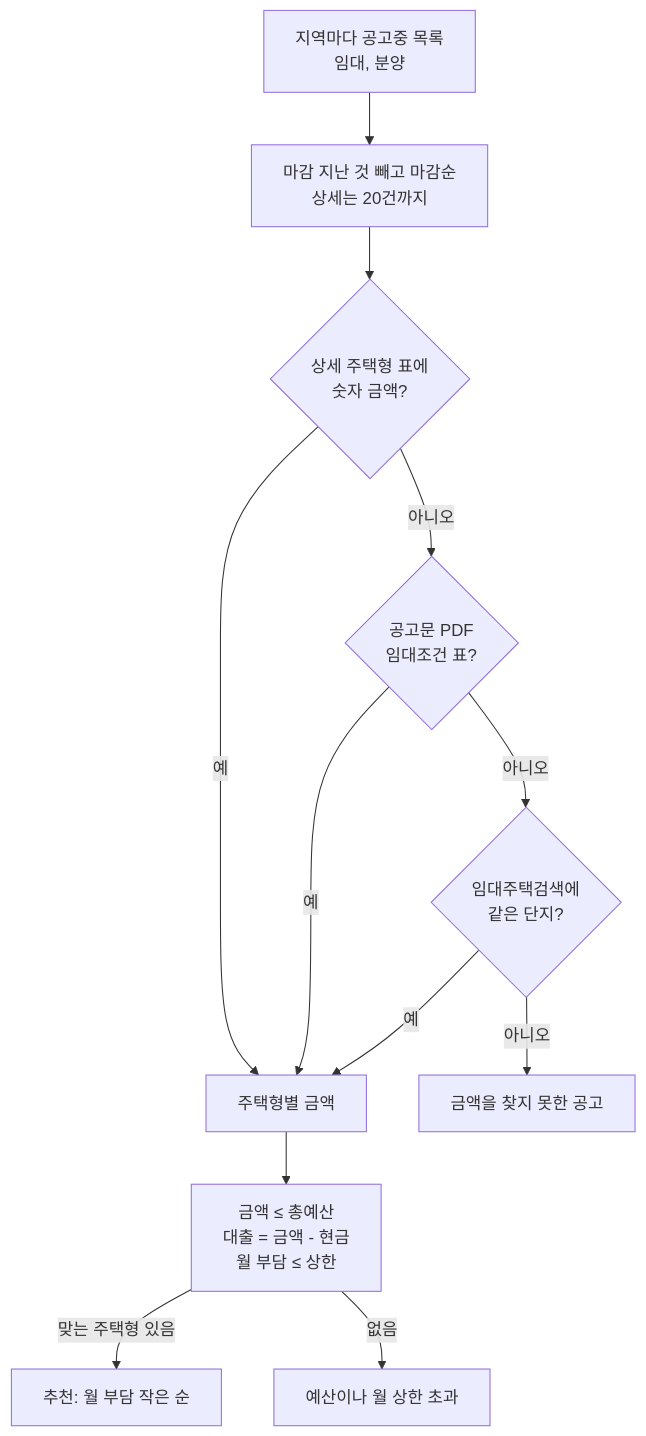
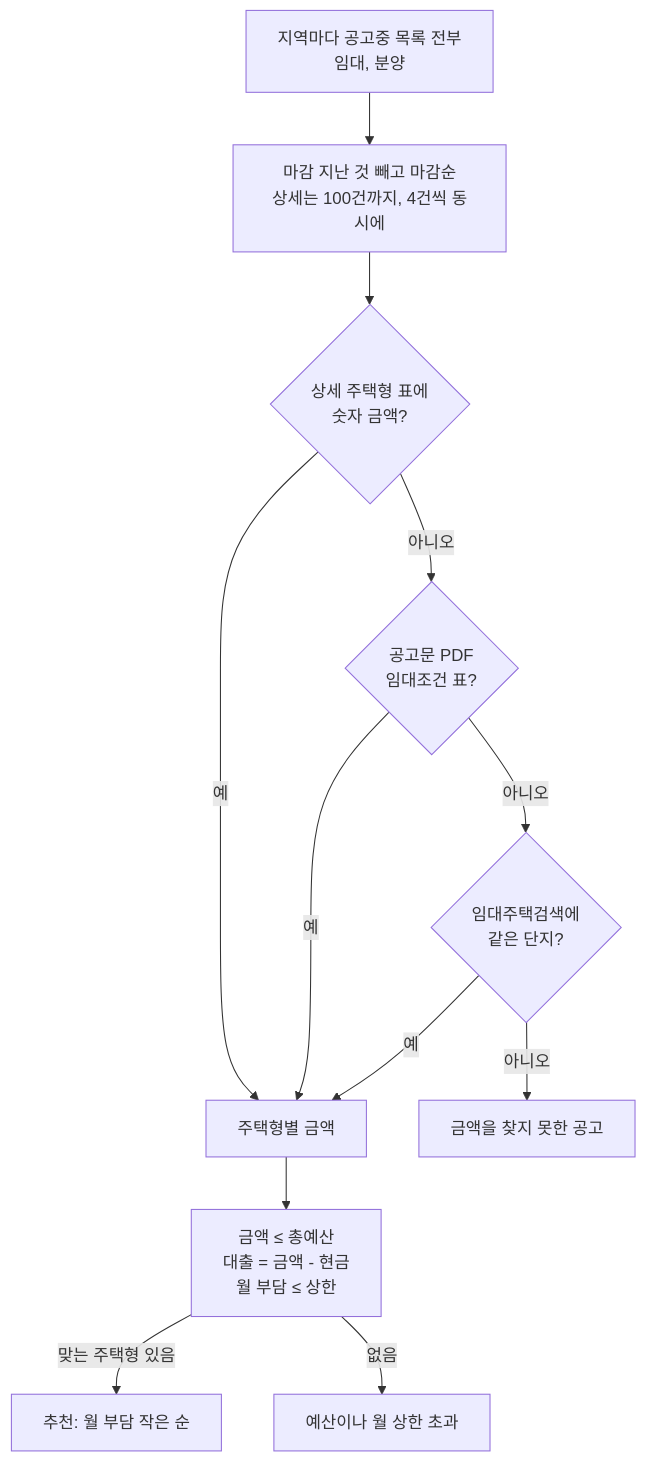
One commit to ash-hun/jarvis-agent changed the second of 3 diagrams in website/docs/agents/karen/housing.md. Above: the diagram before and after it, drawn with Mermaid. The commit also changed other lines of this file and 7 other files, not shown here.

````diff
--- a/website/docs/agents/karen/housing.md
+++ b/website/docs/agents/karen/housing.md
@@ -76,14 +76,14 @@
 ```mermaid
 flowchart TD
-  A[지역마다 공고중 목록<br/>임대, 분양] --> B[마감 지난 것 빼고 마감순<br/>상세는 20건까지]
+  A[지역마다 공고중 목록 전부<br/>임대, 분양] --> B[마감 지난 것 빼고 마감순<br/>상세는 100건까지, 4건씩 동시에]
   B --> C{상세 주택형 표에<br/>숫자 금액?}
   C -->|예| P[주택형별 금액]
   C -->|아니오| D{공고문 PDF<br/>임대조건 표?}
   D -->|예| P
   D -->|아니오| E{임대주택검색에<br/>같은 단지?}
   E -->|예| P
   E -->|아니오| U[금액을 찾지 못한 공고]
   P --> F[금액 ≤ 총예산<br/>대출 = 금액 - 현금<br/>월 부담 ≤ 상한]
   F -->|맞는 주택형 있음| R[추천: 월 부담 작은 순]
   F -->|없음| O[예산이나 월 상한 초과]
 ```
````
